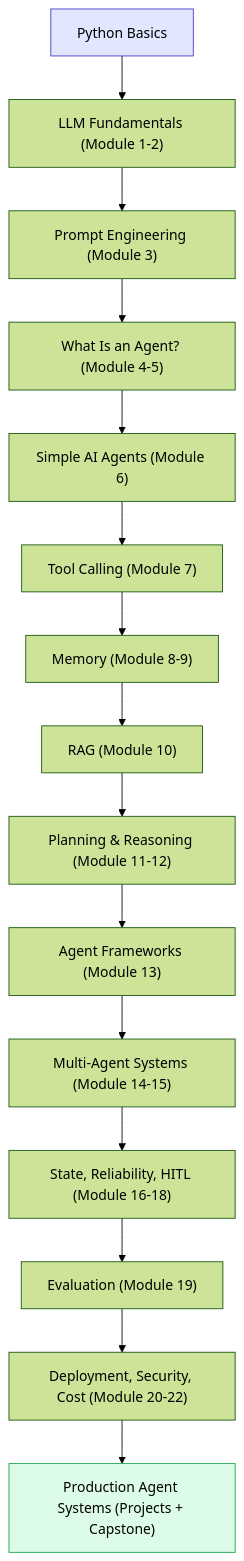
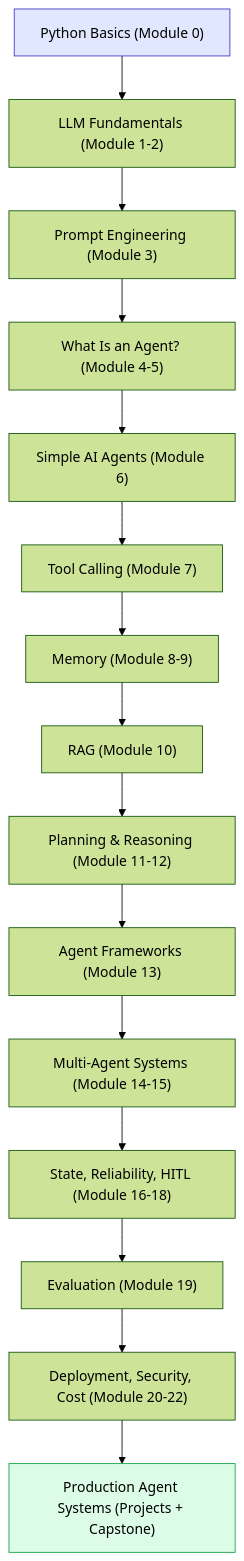
The first of 2 diagrams in 00-Course-Overview.md (vibhutipratapsingh/AgenticAI), drawn with Mermaid (forest theme) before and after one commit. The commit also changed other lines of this file and 3 other files, not shown here.

First line of the commit message:
Add missing Python Primer module (Module 0)

````diff
--- a/00-Course-Overview.md
+++ b/00-Course-Overview.md
@@ -101,20 +102,20 @@
 ```mermaid
 flowchart TD
-    A[Python Basics] --> B["LLM Fundamentals (Module 1-2)"]
+    A["Python Basics (Module 0)"] --> B["LLM Fundamentals (Module 1-2)"]
     B --> C["Prompt Engineering (Module 3)"]
     C --> D["What Is an Agent? (Module 4-5)"]
     D --> E["Simple AI Agents (Module 6)"]
     E --> F["Tool Calling (Module 7)"]
     F --> G["Memory (Module 8-9)"]
     G --> H["RAG (Module 10)"]
     H --> I["Planning & Reasoning (Module 11-12)"]
     I --> J["Agent Frameworks (Module 13)"]
     J --> K["Multi-Agent Systems (Module 14-15)"]
     K --> L["State, Reliability, HITL (Module 16-18)"]
     L --> M["Evaluation (Module 19)"]
     M --> N["Deployment, Security, Cost (Module 20-22)"]
     N --> O["Production Agent Systems (Projects + Capstone)"]
 
     style A fill:#e0e7ff,stroke:#4338ca
     style O fill:#dcfce7,stroke:#16a34a
 ```
````
